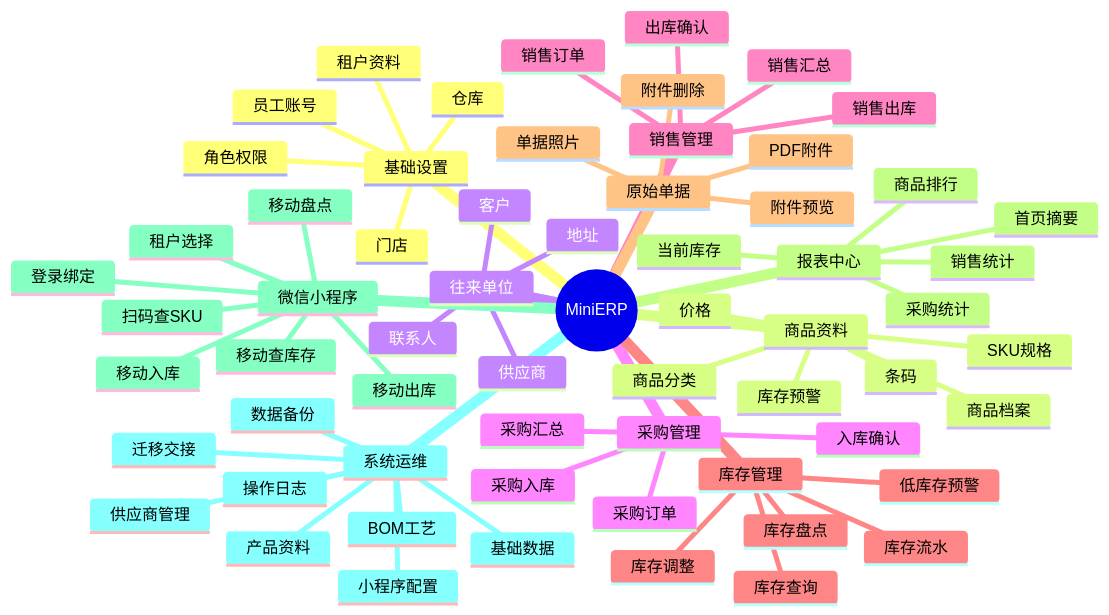
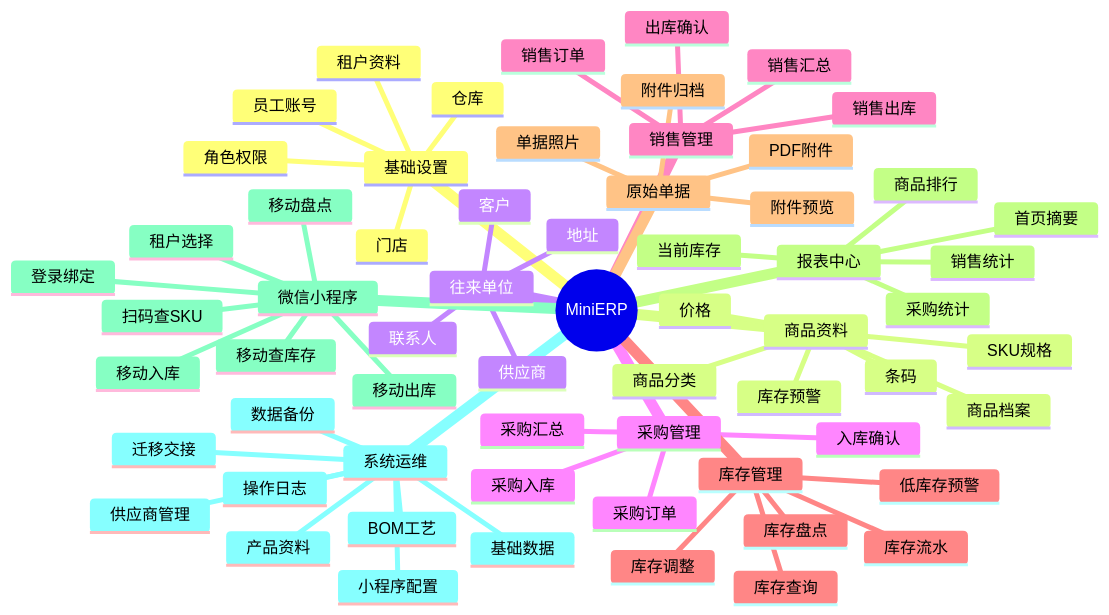
One commit to goldf2/mes-lite changed the first of 4 diagrams in docs/minierp/feature-model.md. Above: the diagram before and after it, drawn with Mermaid. The commit also changed other lines of this file and 26 other files, not shown here.

````diff
--- a/docs/minierp/feature-model.md
+++ b/docs/minierp/feature-model.md
@@ -5,66 +5,66 @@
 ```mermaid
 mindmap
   root((MiniERP))
     基础设置
       租户资料
       员工账号
       角色权限
       门店
       仓库
     商品资料
       商品分类
       商品档案
       SKU规格
       条码
       价格
       库存预警
     往来单位
       客户
       供应商
       联系人
       地址
     采购管理
       采购订单
       采购入库
       入库确认
       采购汇总
     销售管理
       销售订单
       销售出库
       出库确认
       销售汇总
     库存管理
       库存查询
       库存流水
       库存盘点
       库存调整
       低库存预警
     原始单据
       单据照片
       PDF附件
       附件预览
-      附件删除
+      附件归档
     报表中心
       首页摘要
       当前库存
       采购统计
       销售统计
       商品排行
     微信小程序
       登录绑定
       租户选择
       移动查库存
       扫码查SKU
       移动入库
       移动出库
       移动盘点
     系统运维
       基础数据
       供应商管理
       产品资料
       BOM工艺
       小程序配置
       数据备份
       操作日志
       迁移交接
 ```
````
